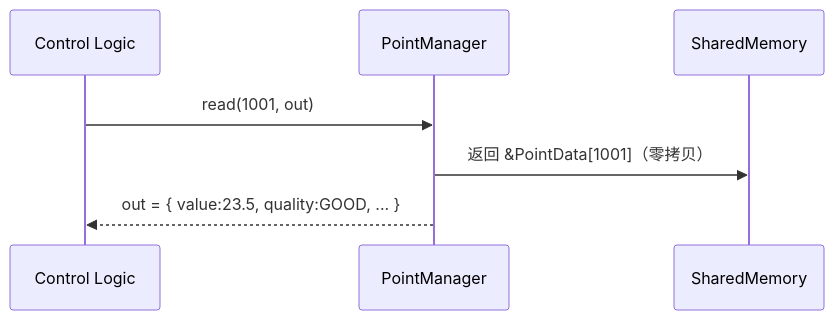
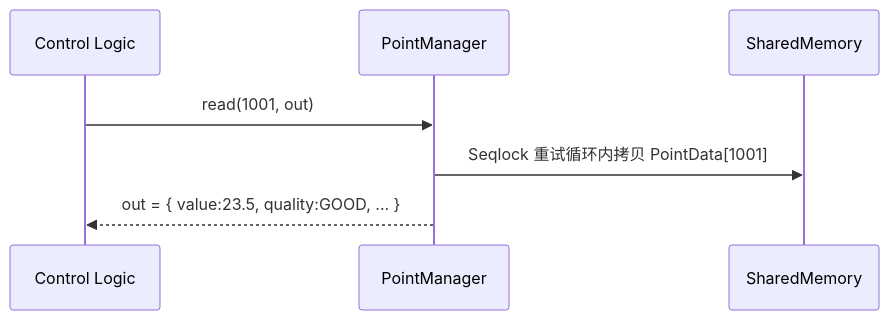
The second of 2 diagrams in docs/03-设计文档/01-概要设计文档.md (turnarond/InduRTDB), drawn with Mermaid before and after one commit. The commit also changed other lines of this file and 14 other files, not shown here.

````diff
--- a/docs/03-设计文档/01-概要设计文档.md
+++ b/docs/03-设计文档/01-概要设计文档.md
@@ -305,10 +306,10 @@
 ```mermaid
 sequenceDiagram
     participant Logic as Control Logic
     participant PM as PointManager
     participant SM as SharedMemory
 
     Logic->>PM: read(1001, out)
-    PM->>SM: 返回 &PointData[1001]（零拷贝）
+    PM->>SM: Seqlock 重试循环内拷贝 PointData[1001]
     PM-->>Logic: out = { value:23.5, quality:GOOD, ... }
 ```
````
